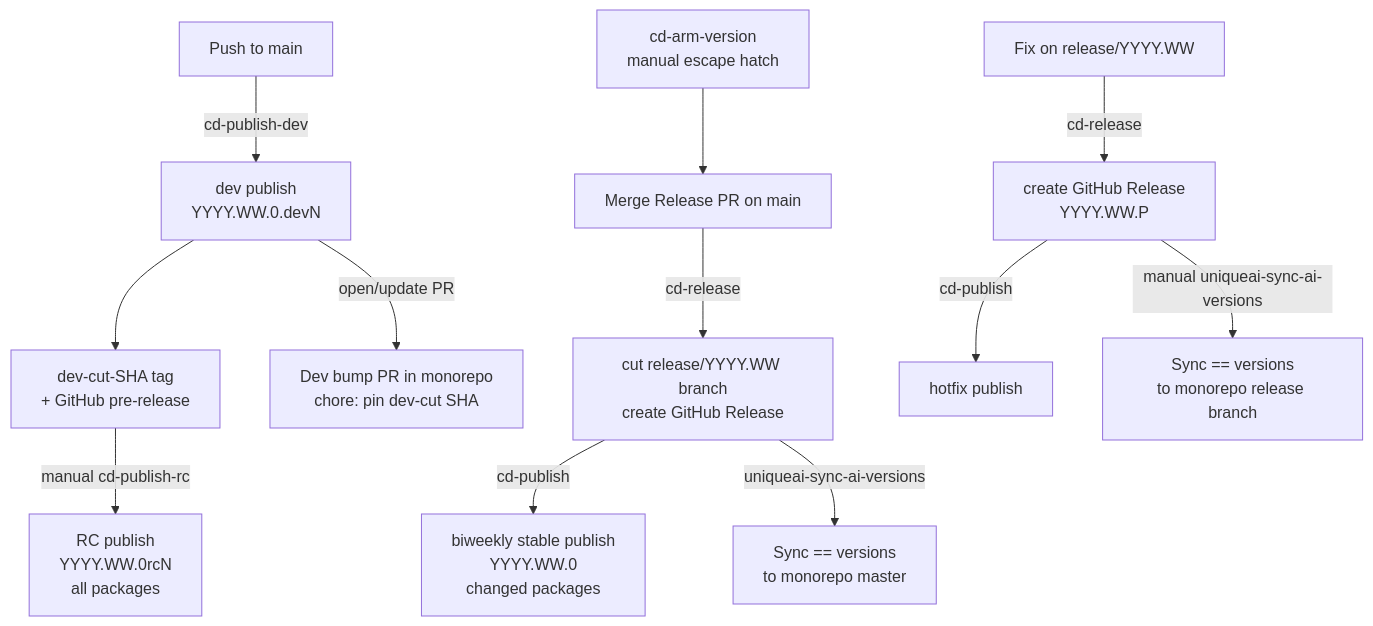
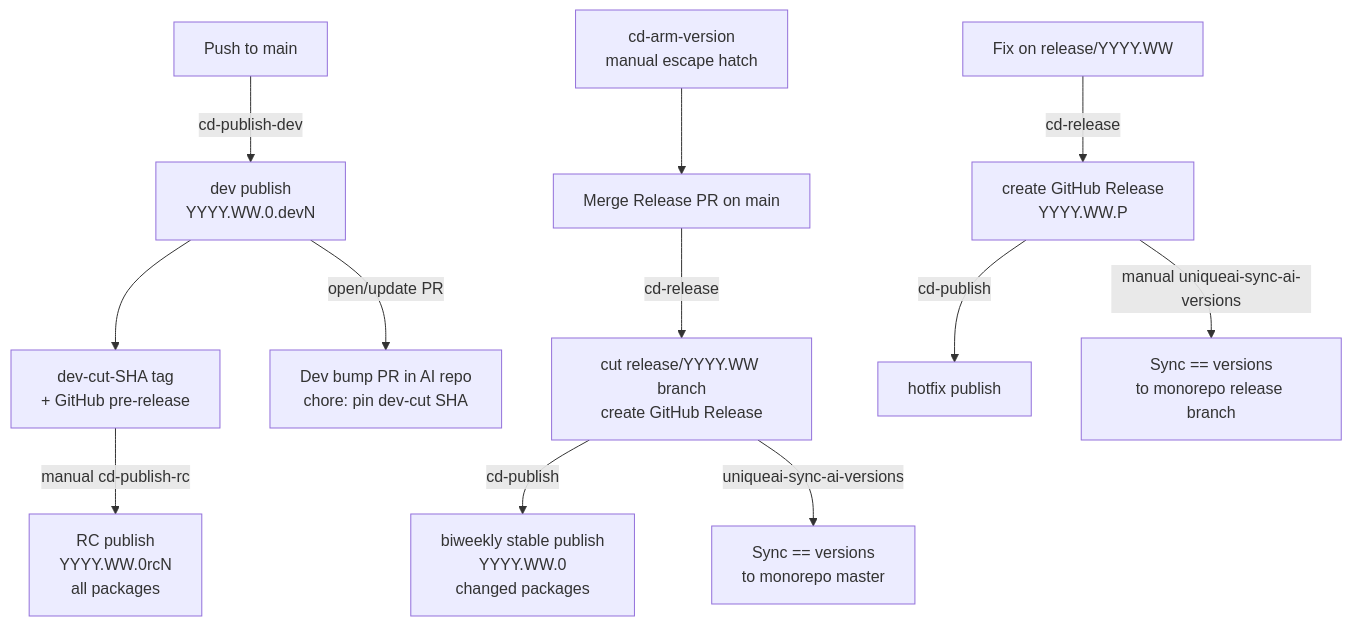
One commit to Unique-AG/ai changed the diagram in docs/contributing/release-process.md. Above: the diagram before and after it, drawn with Mermaid. The commit also changed other lines of this file, not shown here.

````diff
--- a/docs/contributing/release-process.md
+++ b/docs/contributing/release-process.md
@@ -198,17 +216,17 @@
 ```mermaid
 flowchart TD
     A[Push to main] -->|cd-publish-dev| B[dev publish\nYYYY.WW.0.devN]
     B --> C[dev-cut-SHA tag\n+ GitHub pre-release]
     C -->|manual cd-publish-rc| D[RC publish\nYYYY.WW.0rcN\nall packages]
-    B -->|open/update PR| E[Dev bump PR in monorepo\nchore: pin dev-cut SHA]
+    B -->|open/update PR| E[Dev bump PR in AI repo\nchore: pin dev-cut SHA]
 
     F[Merge Release PR on main] -->|cd-release| G[cut release/YYYY.WW branch\ncreate GitHub Release]
     G -->|cd-publish| H[biweekly stable publish\nYYYY.WW.0\nchanged packages]
     G -->|uniqueai-sync-ai-versions| I[Sync == versions\nto monorepo master]
 
     J[Fix on release/YYYY.WW] -->|cd-release| K[create GitHub Release\nYYYY.WW.P]
     K -->|cd-publish| L[hotfix publish]
     K -->|manual uniqueai-sync-ai-versions| M[Sync == versions\nto monorepo release branch]
 
     N[cd-arm-version\nmanual escape hatch] --> F
 ```
````
